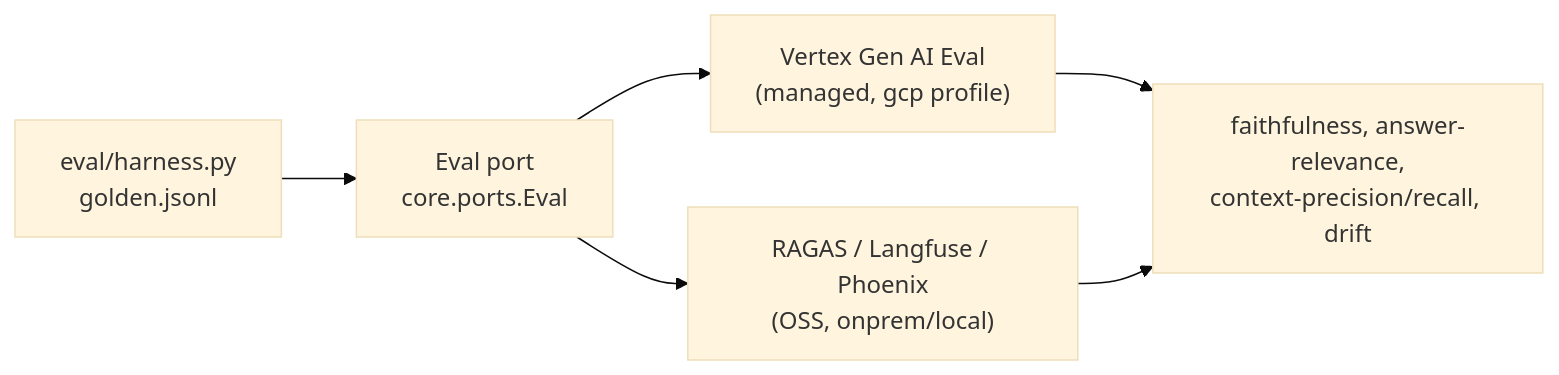
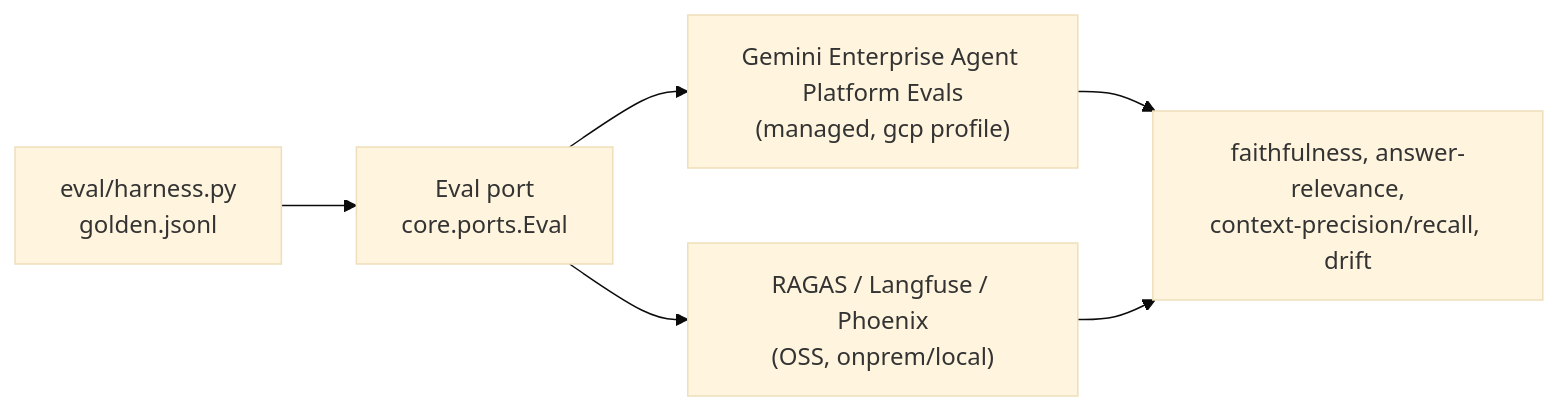
One commit to ashishawasthi/unlock-search changed the diagram in eval/README.md. Above: the diagram before and after it, drawn with Mermaid (base theme). The commit also changed other lines of this file and 28 other files, not shown here.

````diff
--- a/eval/README.md
+++ b/eval/README.md
@@ -61,8 +61,8 @@
 ```mermaid
 flowchart LR
     H["eval/harness.py<br/>golden.jsonl"] --> E["Eval port<br/>core.ports.Eval"]
-    E --> V["Vertex Gen AI Eval<br/>(managed, gcp profile)"]
+    E --> V["Gemini Enterprise Agent Platform Evals<br/>(managed, gcp profile)"]
     E --> O["RAGAS / Langfuse / Phoenix<br/>(OSS, onprem/local)"]
     V --> M["faithfulness, answer-relevance,<br/>context-precision/recall, drift"]
     O --> M
 ```
````
